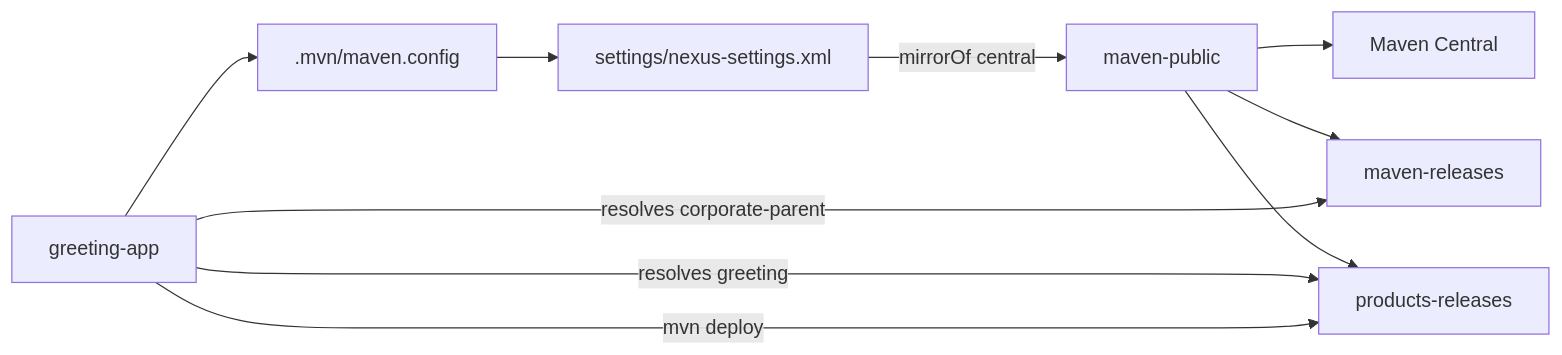
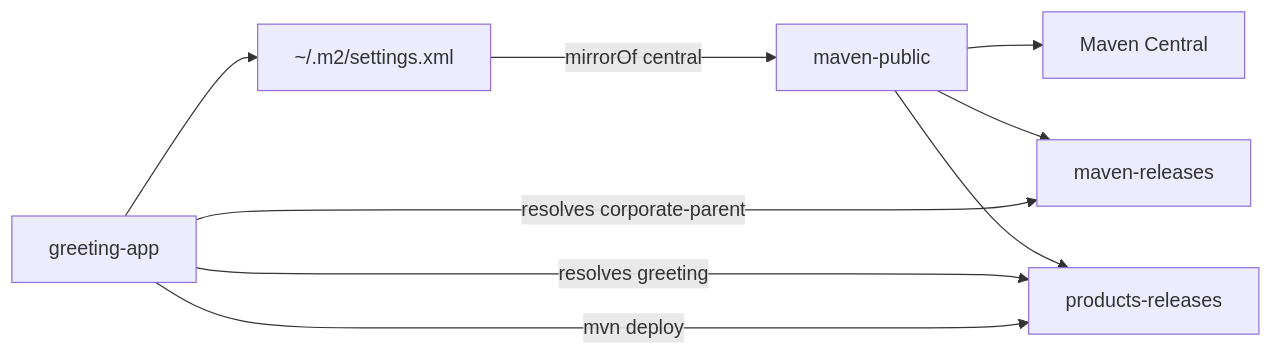
Before and after one commit to IAAA-Lab/maven-corporate-pom: the fourth of 9 diagrams in README.md, drawn with Mermaid. The commit also changed other lines of this file and 7 other files, not shown here.

First line of the commit message:
Install Nexus settings into ~/.m2 instead of per-project maven.config.

````diff
--- a/README.md
+++ b/README.md
@@ -193,20 +200,18 @@
 ```mermaid
 flowchart LR
     app["greeting-app"]
-    mvnConfig[".mvn/maven.config"]
-    settings["settings/nexus-settings.xml"]
+    userSettings["~/.m2/settings.xml"]
     publicGroup["maven-public"]
     central["Maven Central"]
     corporateHosted["maven-releases"]
     productHosted["products-releases"]
 
-    app --> mvnConfig
-    mvnConfig --> settings
-    settings -->|"mirrorOf central"| publicGroup
+    app --> userSettings
+    userSettings -->|"mirrorOf central"| publicGroup
     publicGroup --> central
     publicGroup --> corporateHosted
     publicGroup --> productHosted
     app -->|"resolves corporate-parent"| corporateHosted
     app -->|"resolves greeting"| productHosted
     app -->|"mvn deploy"| productHosted
 ```
````
